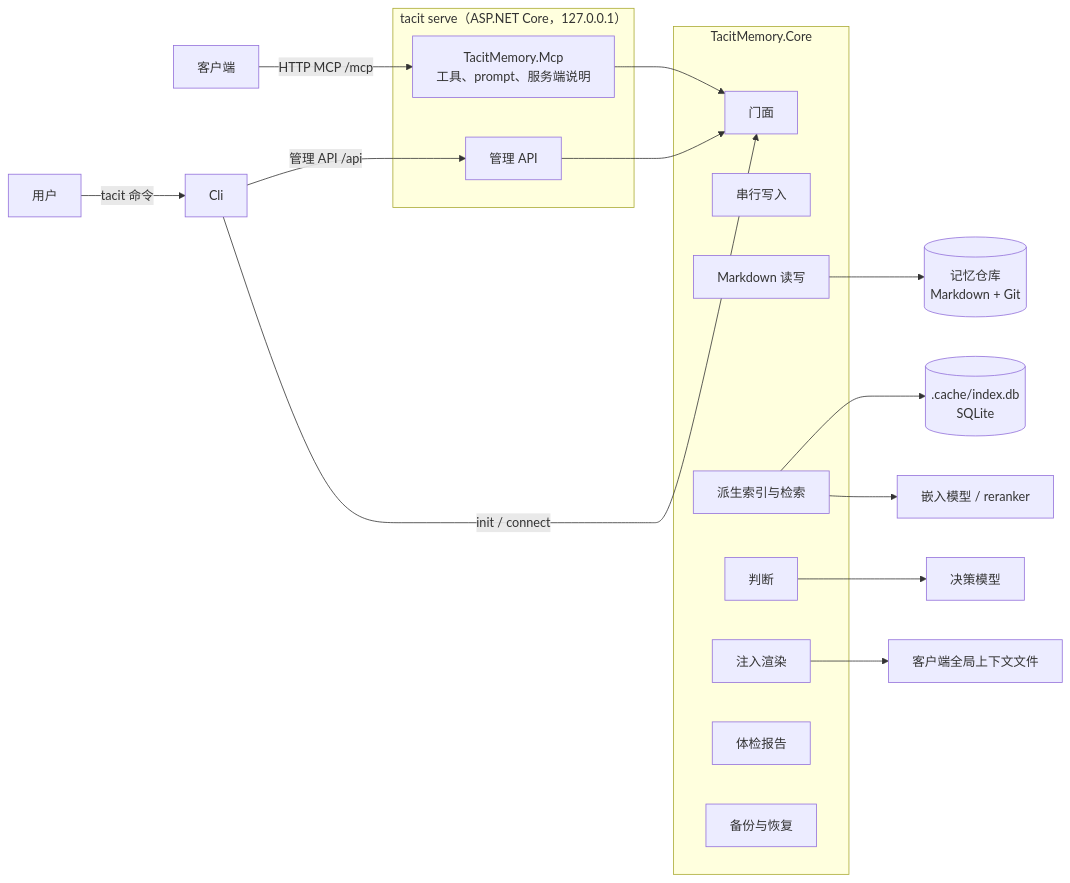
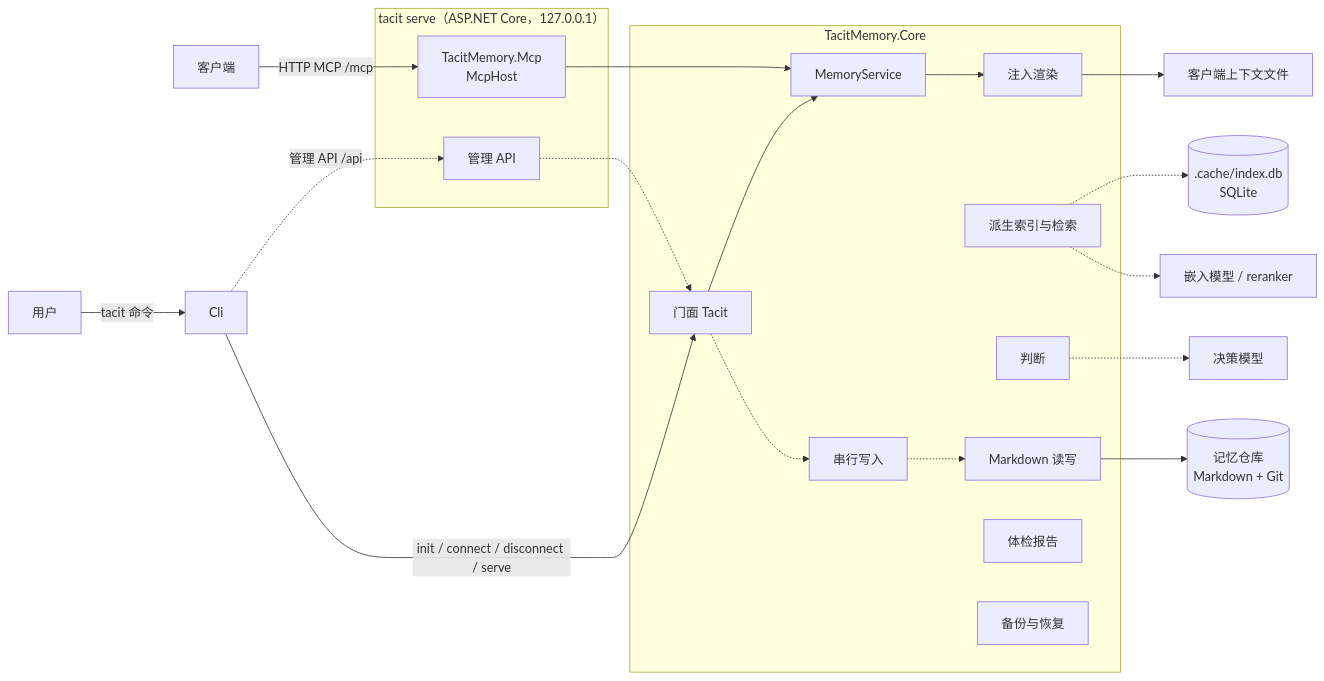
The diagram in docs/architecture.md (kearril/tacit-memory), drawn with Mermaid before and after one commit. The commit also changed other lines of this file and 4 other files, not shown here.

Commit message:
docs: align docs with the implemented memory service and bindings

````diff
--- a/docs/architecture.md
+++ b/docs/architecture.md
@@ -7,28 +11,33 @@
 ```mermaid
 flowchart LR
     Client[客户端] -->|HTTP MCP /mcp| Mcp
     User[用户] -->|tacit 命令| Cli
-    Cli -->|管理 API /api| Admin
+    Cli -.->|管理 API /api| Admin
     subgraph Host["tacit serve（ASP.NET Core，127.0.0.1）"]
-        Mcp[TacitMemory.Mcp<br>工具、prompt、服务端说明]
+        Mcp[TacitMemory.Mcp<br>McpHost]
         Admin[管理 API]
     end
-    Mcp --> Facade
-    Admin --> Facade
-    Cli -->|init / connect| Facade
+    Cli -->|init / connect / disconnect / serve| Facade
+    Mcp --> Service
+    Admin -.-> Facade
     subgraph Core["TacitMemory.Core"]
-        Facade[门面]
+        Facade[门面 Tacit]
+        Service[MemoryService]
         Writer[串行写入]
         Store[Markdown 读写]
         Index[派生索引与检索]
         Judge[判断]
         Inject[注入渲染]
         Checkup[体检报告]
         Backup[备份与恢复]
     end
+    Facade --> Service
+    Service --> Inject
+    Facade -.-> Writer
+    Writer -.-> Store
     Store --> Repo[(记忆仓库<br>Markdown + Git)]
-    Index --> Db[(.cache/index.db<br>SQLite)]
-    Index --> Aux[嵌入模型 / reranker]
-    Judge --> Decision[决策模型]
-    Inject --> Files[客户端全局上下文文件]
+    Index -.-> Db[(.cache/index.db<br>SQLite)]
+    Index -.-> Aux[嵌入模型 / reranker]
+    Judge -.-> Decision[决策模型]
+    Inject --> Files[客户端上下文文件]
 ```
````
